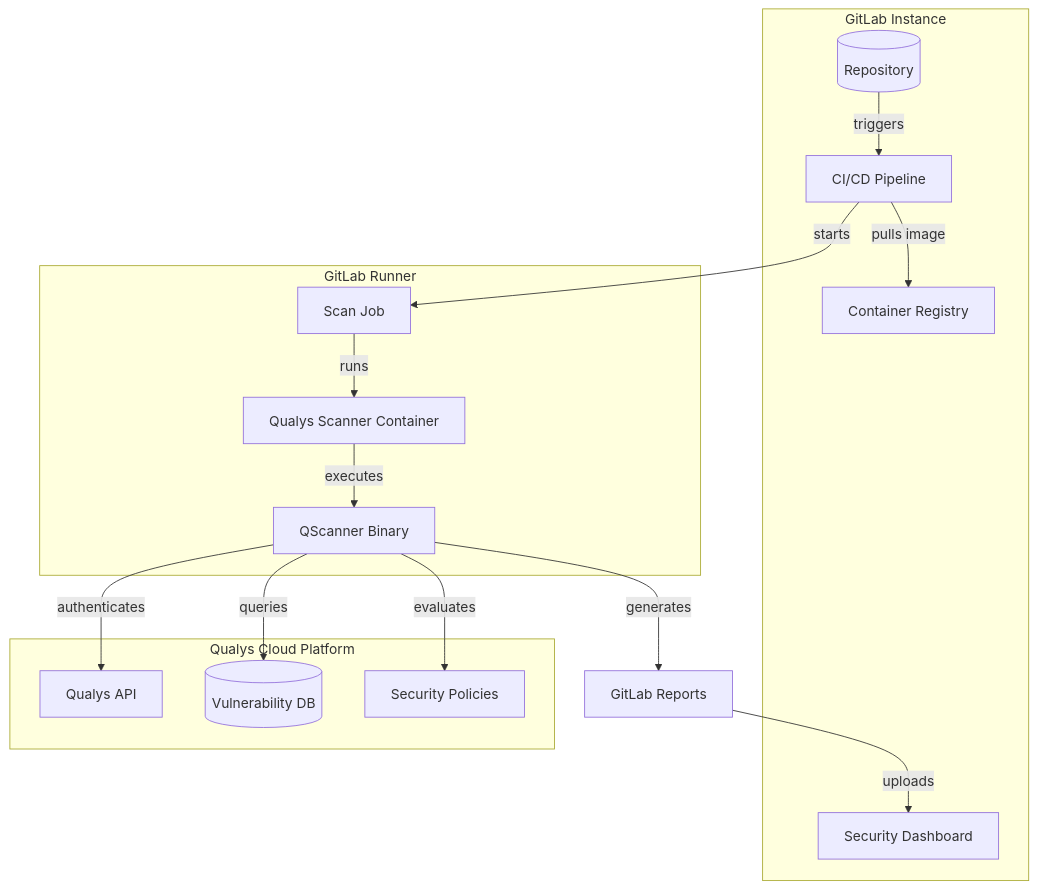
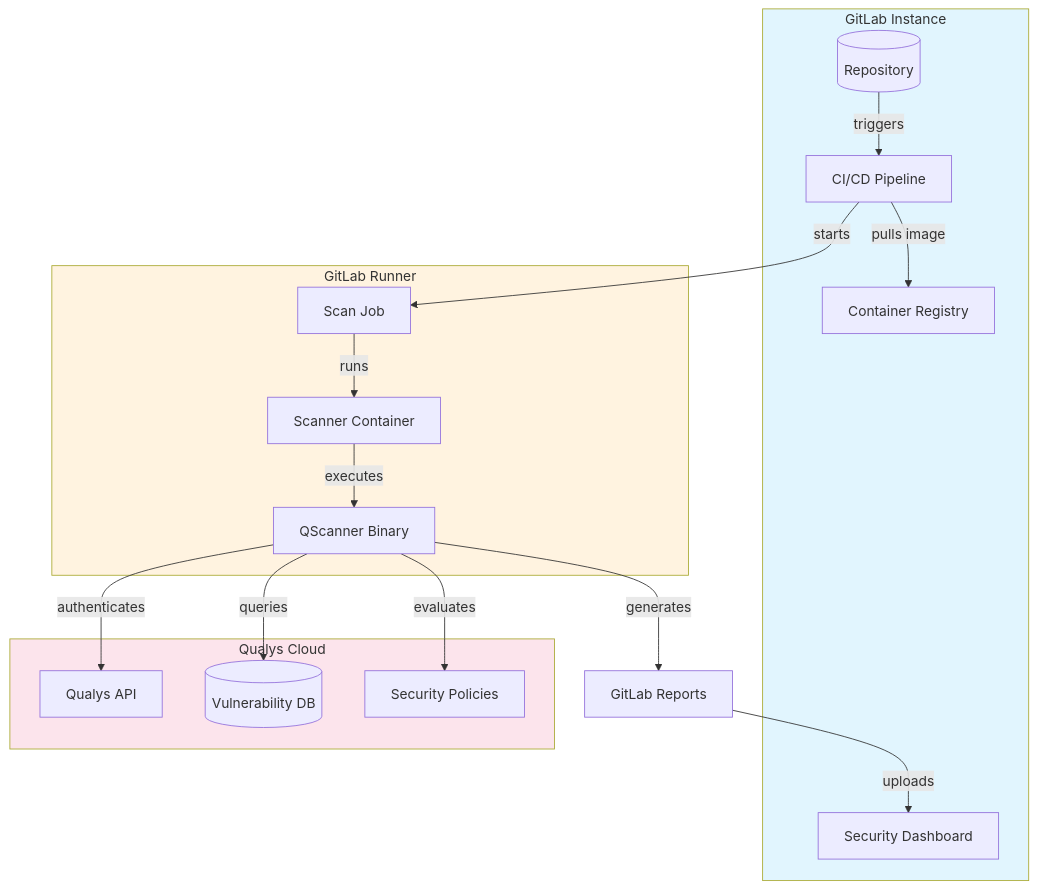
One commit to nelssec/qualys-gitlab changed the first of 6 diagrams in docs/architecture.md. Above: the diagram before and after it, drawn with Mermaid. The commit also changed other lines of this file and 4 other files, not shown here.

````diff
--- a/docs/architecture.md
+++ b/docs/architecture.md
@@ -9,32 +7,36 @@
 ```mermaid
 flowchart TB
-    subgraph GitLab["GitLab Instance"]
+    subgraph gitlab["GitLab Instance"]
         repo[("Repository")]
         pipeline["CI/CD Pipeline"]
         registry["Container Registry"]
         dashboard["Security Dashboard"]
     end
 
-    subgraph Runner["GitLab Runner"]
+    subgraph runner["GitLab Runner"]
         job["Scan Job"]
-        scanner["Qualys Scanner Container"]
+        scanner["Scanner Container"]
         qscanner["QScanner Binary"]
     end
 
-    subgraph Qualys["Qualys Cloud Platform"]
+    subgraph qualys["Qualys Cloud"]
         api["Qualys API"]
         vulndb[("Vulnerability DB")]
         policies["Security Policies"]
     end
 
-    repo -->|"triggers"| pipeline
-    pipeline -->|"pulls image"| registry
-    pipeline -->|"starts"| job
-    job -->|"runs"| scanner
-    scanner -->|"executes"| qscanner
-    qscanner -->|"authenticates"| api
-    qscanner -->|"queries"| vulndb
-    qscanner -->|"evaluates"| policies
-    qscanner -->|"generates"| reports["GitLab Reports"]
-    reports -->|"uploads"| dashboard
+    repo -->|triggers| pipeline
+    pipeline -->|pulls image| registry
+    pipeline -->|starts| job
+    job -->|runs| scanner
+    scanner -->|executes| qscanner
+    qscanner -->|authenticates| api
+    qscanner -->|queries| vulndb
+    qscanner -->|evaluates| policies
+    qscanner -->|generates| reports["GitLab Reports"]
+    reports -->|uploads| dashboard
+
+    style gitlab fill:#e1f5fe
+    style runner fill:#fff3e0
+    style qualys fill:#fce4ec
 ```
````
